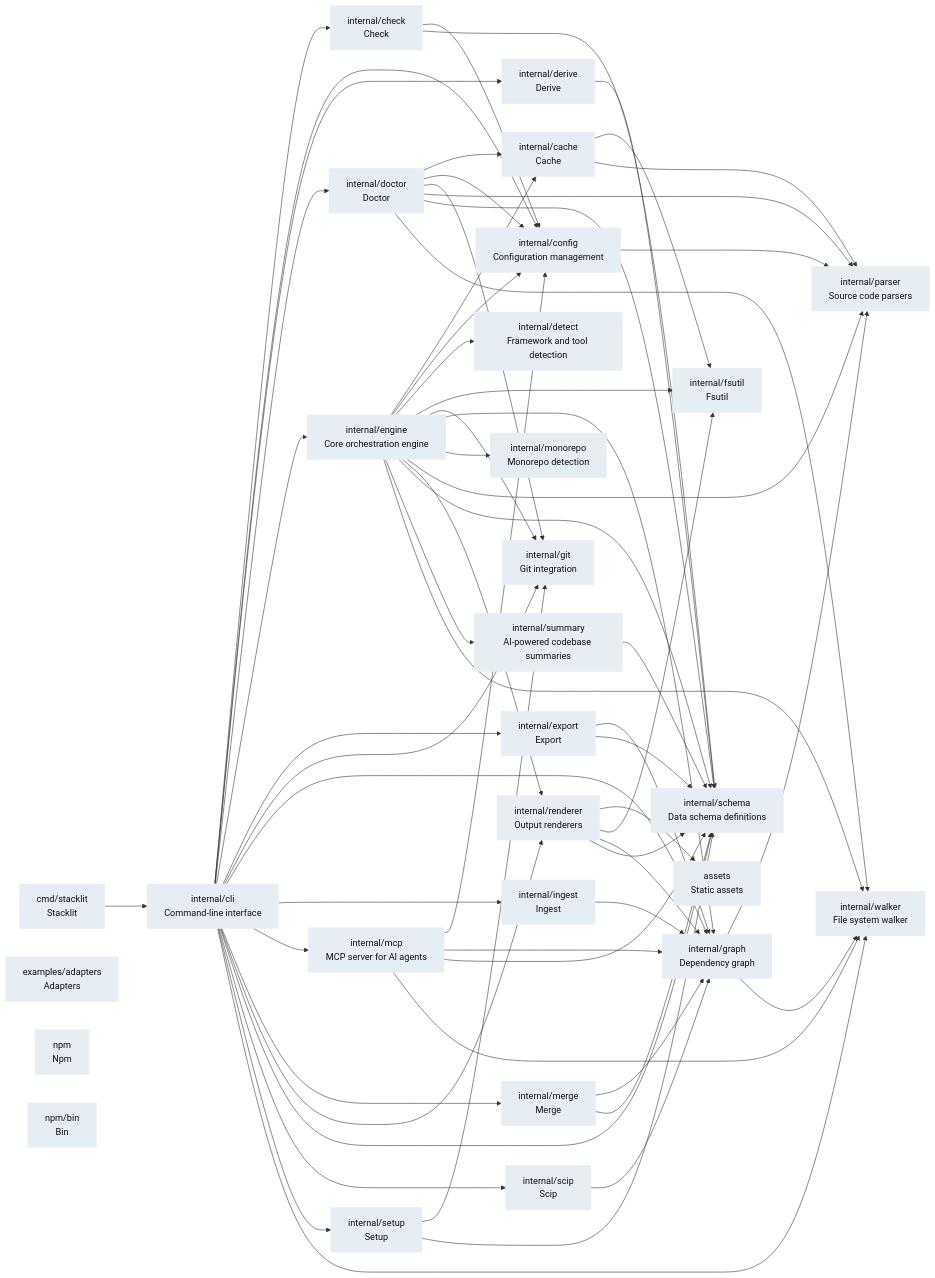
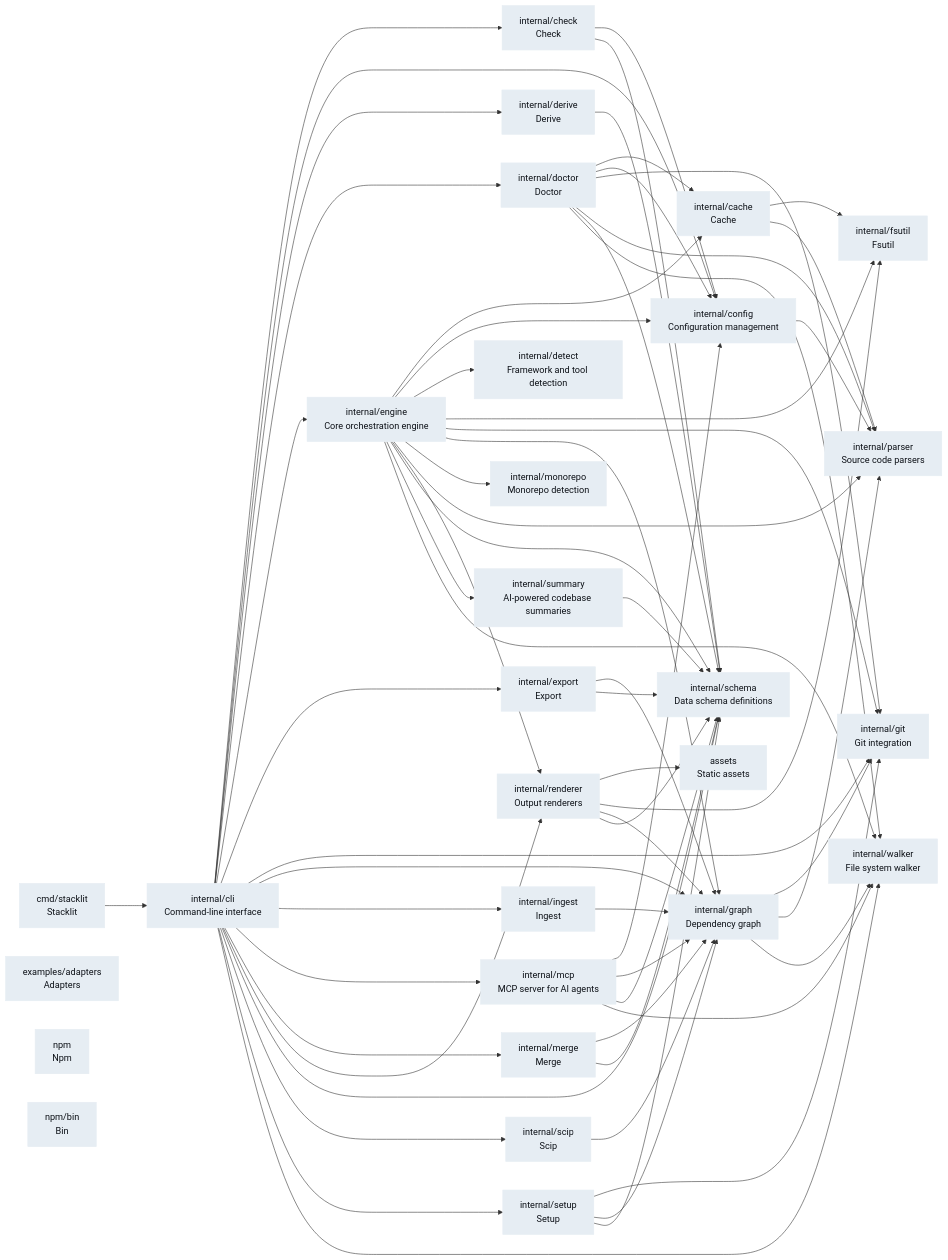
The diagram in DEPENDENCIES.md (glincker/stacklit), drawn with Mermaid before and after one commit. The commit also changed 1 other file, not shown here.

Commit message:
chore: update stacklit index

````diff
--- a/DEPENDENCIES.md
+++ b/DEPENDENCIES.md
@@ -90,6 +90,7 @@
   internal_engine --> internal_walker
   internal_export --> internal_graph
   internal_export --> internal_schema
+  internal_graph --> internal_git
   internal_graph --> internal_parser
   internal_graph --> internal_walker
   internal_ingest --> internal_graph
@@ -105,6 +106,7 @@
   internal_renderer --> internal_schema
   internal_scip --> internal_graph
   internal_setup --> internal_git
+  internal_setup --> internal_graph
   internal_setup --> internal_schema
   internal_summary --> internal_schema
 ```
````
